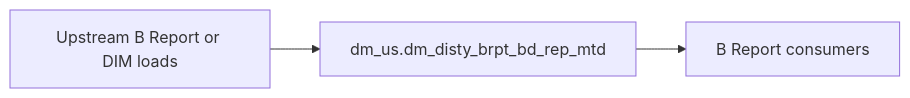
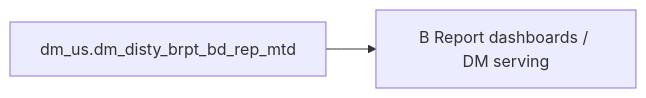
One commit to chengduhaha/data_agent changed the diagram in backend/defaults/b_report/workspace/target/knowledgebase/b-report-us/dm_disty_brpt_bd_rep_mtd.md. Above: the diagram before and after it, drawn with Mermaid. The commit also changed other lines of this file and 1108 other files, not shown here.

````diff
--- a/backend/defaults/b_report/workspace/target/knowledgebase/b-report-us/dm_disty_brpt_bd_rep_mtd.md
+++ b/backend/defaults/b_report/workspace/target/knowledgebase/b-report-us/dm_disty_brpt_bd_rep_mtd.md
@@ -152,8 +302,6 @@
 ```mermaid
 flowchart LR
-  upstream[Upstream B Report or DIM loads]
-  tgt["dm_us.dm_disty_brpt_bd_rep_mtd"]
-  brpt[B Report consumers]
-  upstream --> tgt
-  tgt --> brpt
+  dm_us_dm_disty_brpt_bd_rep_mtd["dm_us.dm_disty_brpt_bd_rep_mtd"]
+  consumers["B Report dashboards / DM serving"]
+  dm_us_dm_disty_brpt_bd_rep_mtd --> consumers
 ```
````
